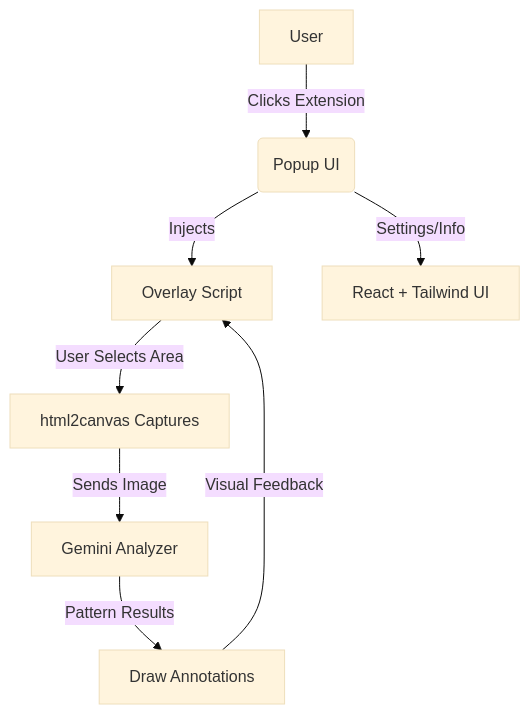
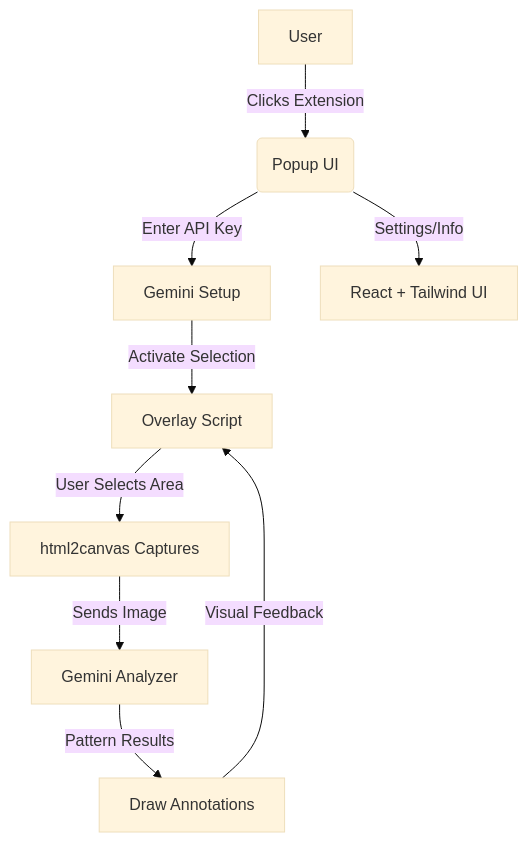
The diagram in trend-lens/README.md (DhananjaySarathe/TrendLens), drawn with Mermaid (base theme) before and after one commit. The commit also changed other lines of this file, not shown here.

Commit message:
Update README.md to reflect enhanced features, project structure, and technical details. Improved descriptions for UI, build process, and security measures, while integrating Tailwind CSS and Gemini API information.

````diff
--- a/trend-lens/README.md
+++ b/trend-lens/README.md
@@ -18,11 +19,11 @@
 ```mermaid
-%% User flow from popup to overlay, AI, and annotation
- graph TD;
+graph TD;
   A["User"] -->|"Clicks Extension"| B("Popup UI")
-  B -->|"Injects"| C["Overlay Script"]
-  C -->|"User Selects Area"| D["html2canvas Captures"]
-  D -->|"Sends Image"| E["Gemini Analyzer"]
-  E -->|"Pattern Results"| F["Draw Annotations"]
-  F -->|"Visual Feedback"| C
-  B -->|"Settings/Info"| G["React + Tailwind UI"]
+  B -->|"Enter API Key"| C["Gemini Setup"]
+  C -->|"Activate Selection"| D["Overlay Script"]
+  D -->|"User Selects Area"| E["html2canvas Captures"]
+  E -->|"Sends Image"| F["Gemini Analyzer"]
+  F -->|"Pattern Results"| G["Draw Annotations"]
+  G -->|"Visual Feedback"| D
+  B -->|"Settings/Info"| H["React + Tailwind UI"]
 ```
````
